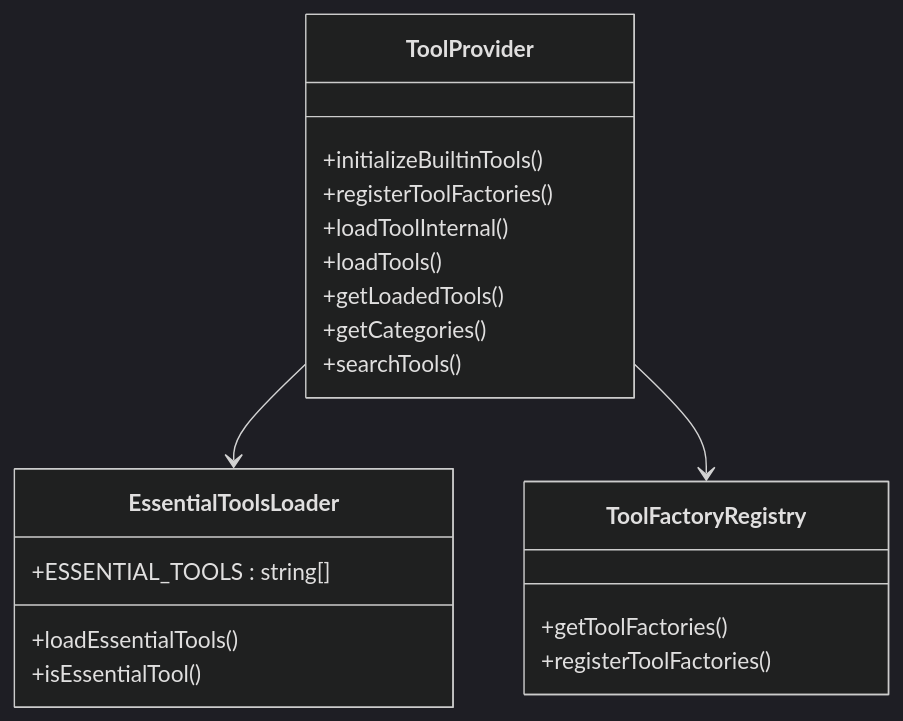
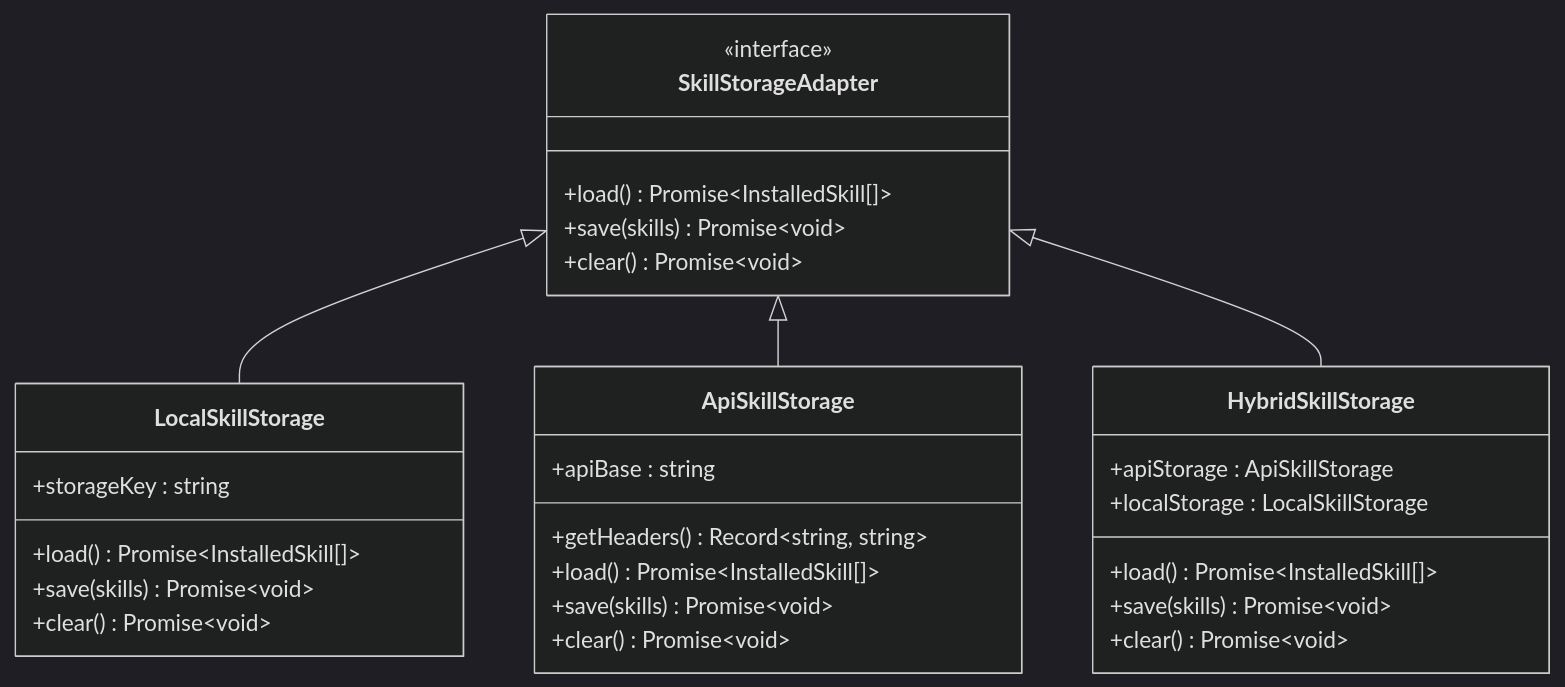
The tenth of 11 diagrams in .qoder/repowiki/zh/content/功能模块/AI技能市场系统.md (LRF0422/Kotion), drawn with Mermaid (dark theme) before and after one commit. The commit also changed other lines of this file and 22 other files, not shown here.

````diff
--- a/.qoder/repowiki/zh/content/功能模块/AI技能市场系统.md
+++ b/.qoder/repowiki/zh/content/功能模块/AI技能市场系统.md
@@ -496,23 +433,32 @@
 ```mermaid
 classDiagram
-class ToolProvider {
-+initializeBuiltinTools()
-+registerToolFactories()
-+loadToolInternal()
-+loadTools()
-+getLoadedTools()
-+getCategories()
-+searchTools()
+class SkillStorageAdapter {
+<<interface>>
++load() Promise~InstalledSkill[]~
++save(skills) Promise~void~
++clear() Promise~void~
 }
-class EssentialToolsLoader {
-+ESSENTIAL_TOOLS : string[]
-+loadEssentialTools()
-+isEssentialTool()
+class LocalSkillStorage {
++storageKey : string
++load() Promise~InstalledSkill[]~
++save(skills) Promise~void~
++clear() Promise~void~
 }
-class ToolFactoryRegistry {
-+getToolFactories()
-+registerToolFactories()
+class ApiSkillStorage {
++apiBase : string
++getHeaders() Record~string, string~
++load() Promise~InstalledSkill[]~
++save(skills) Promise~void~
++clear() Promise~void~
 }
-ToolProvider --> EssentialToolsLoader
-ToolProvider --> ToolFactoryRegistry
+class HybridSkillStorage {
++apiStorage : ApiSkillStorage
++localStorage : LocalSkillStorage
++load() Promise~InstalledSkill[]~
++save(skills) Promise~void~
++clear() Promise~void~
+}
+SkillStorageAdapter <|-- LocalSkillStorage
+SkillStorageAdapter <|-- ApiSkillStorage
+SkillStorageAdapter <|-- HybridSkillStorage
 ```
````
